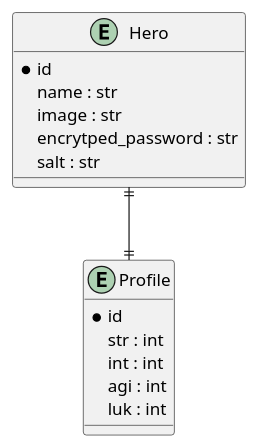
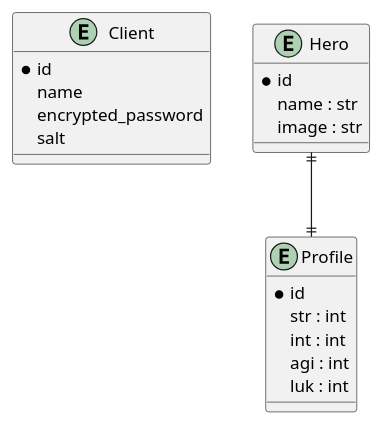
Before and after one commit to chuang8511/hero_api: the diagram in visualization_doc/data_design.puml, drawn with PlantUML.

Commit message:
chore: add the user table for password ticket

```diff
--- a/visualization_doc/data_design.puml
+++ b/visualization_doc/data_design.puml
@@ -1,23 +1,28 @@
 @startuml
+
+entity Client {
+    * id
+    name
+    encrypted_password
+    salt
+}
 
 entity Hero {
     * id
     name : str
     image : str
-    encrytped_password : str
-    salt : str
 }
 
 entity Profile {
     * id
     str : int
     int : int
     agi : int
     luk : int
 }
 
 
 Hero ||--|| Profile
 
 
 @enduml
```
